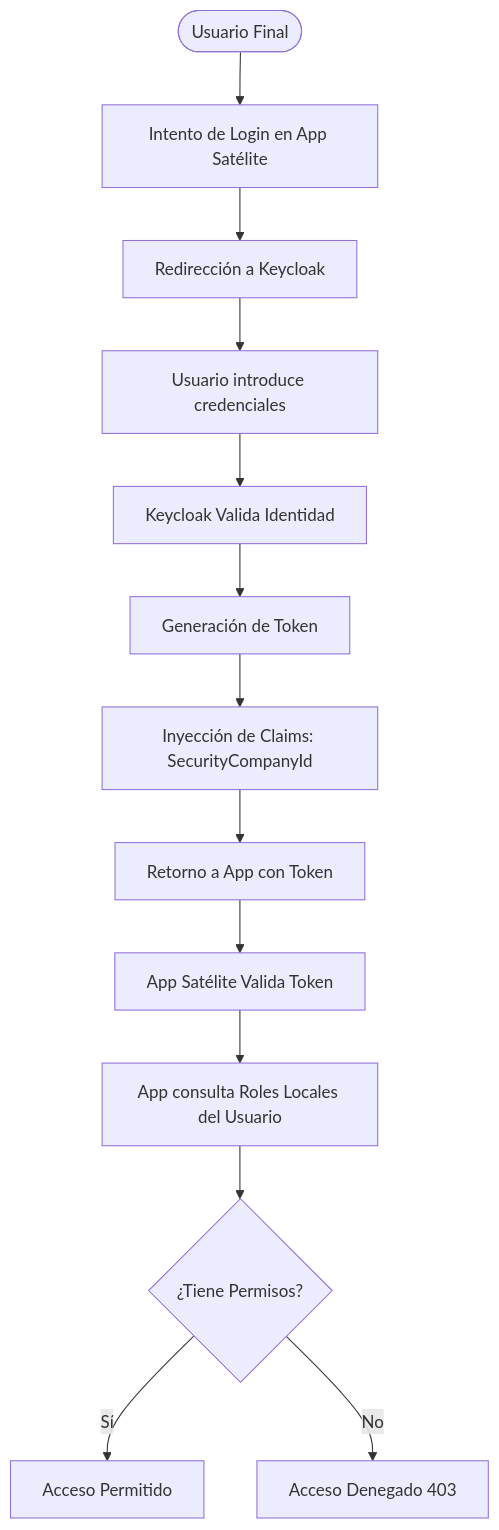
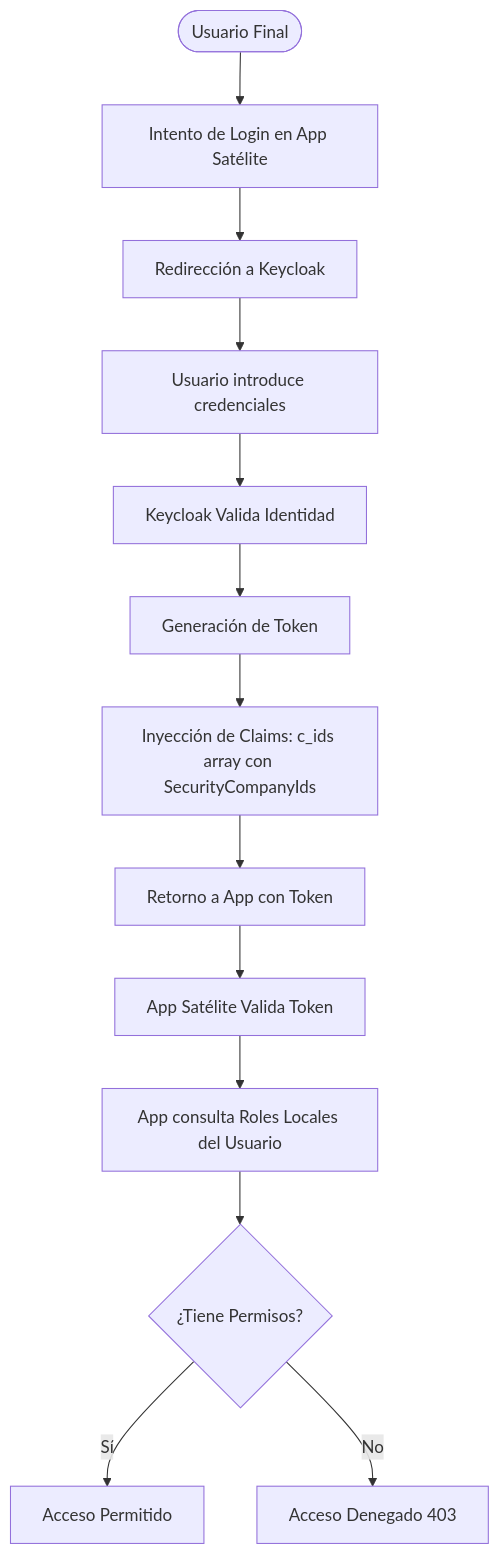
Before and after one commit to malbert-infoport/AI4Devs: the fourth of 7 diagrams in 01-Descripción general del Producto.md, drawn with Mermaid. The commit also changed other lines of this file and 1 other file, not shown here.

````diff
--- a/01-Descripción general del Producto.md
+++ b/01-Descripción general del Producto.md
@@ -385,20 +410,20 @@
 ```mermaid
 graph TD
     User([Usuario Final]) --> Login[Intento de Login en App Satélite]
     Login --> Redirect[Redirección a Keycloak]
     
     Redirect --> Auth[Usuario introduce credenciales]
     Auth --> ValidKC[Keycloak Valida Identidad]
     
     ValidKC --> TokenGen[Generación de Token]
-    TokenGen --> Inject[Inyección de Claims: SecurityCompanyId]
+    TokenGen --> Inject[Inyección de Claims: c_ids array con SecurityCompanyIds]
     
     Inject --> Return[Retorno a App con Token]
     
     Return --> AppCheck[App Satélite Valida Token]
     AppCheck --> LocalAuth[App consulta Roles Locales del Usuario]
     
     LocalAuth --> Access{¿Tiene Permisos?}
     Access -->|Sí| Grant[Acceso Permitido]
     Access -->|No| Deny[Acceso Denegado 403]
 ```
````
